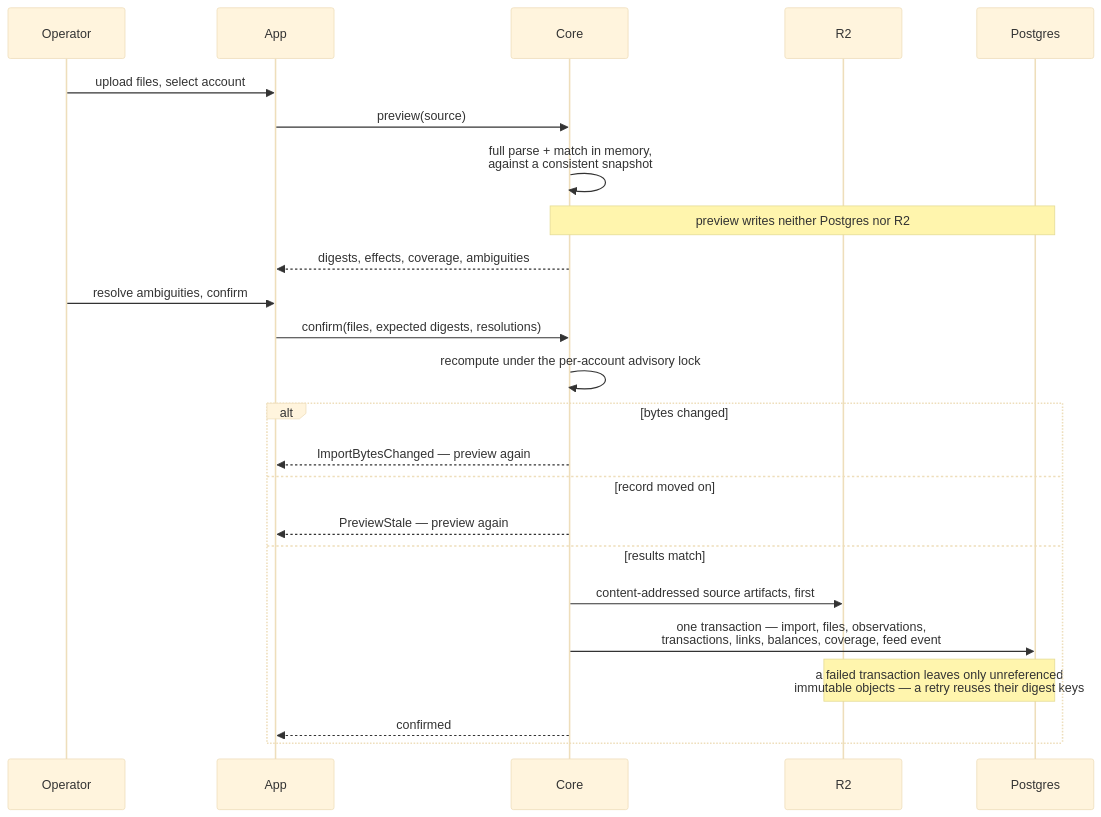
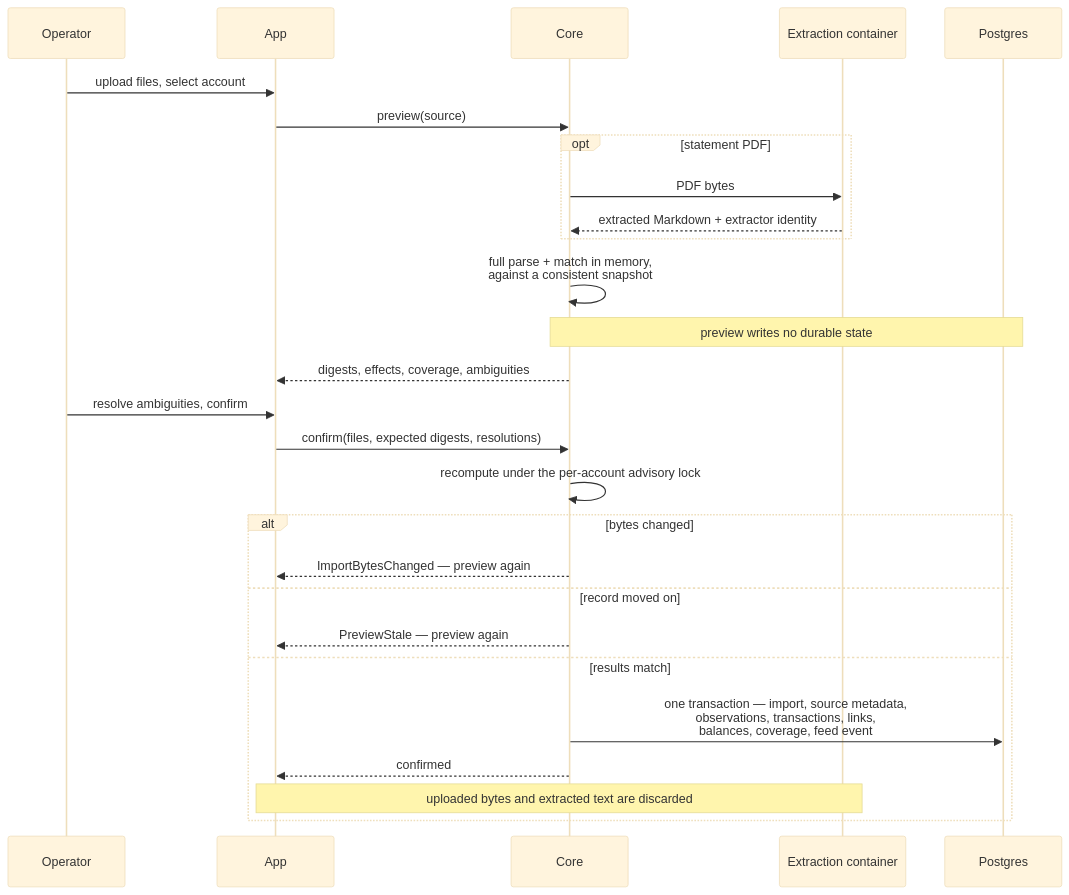
One commit to AdiRishi/ironcage changed the fifth of 5 diagrams in docs/technical/08-money.mdx. Above: the diagram before and after it, drawn with Mermaid (base theme). The commit also changed other lines of this file and 9 other files, not shown here.

Commit message:
docs(money): define transient statement import flow

````diff
--- a/docs/technical/08-money.mdx
+++ b/docs/technical/08-money.mdx
@@ -409,26 +397,29 @@
 ```mermaid
 sequenceDiagram
     participant Op as Operator
     participant App as App
     participant Core as Core
-    participant R2
+    participant Compute as Extraction container
     participant PG as Postgres
     Op->>App: upload files, select account
     App->>Core: preview(source)
+    opt statement PDF
+        Core->>Compute: PDF bytes
+        Compute-->>Core: extracted Markdown + extractor identity
+    end
     Core->>Core: full parse + match in memory,<br/>against a consistent snapshot
-    Note over Core,PG: preview writes neither Postgres nor R2
+    Note over Core,PG: preview writes no durable state
     Core-->>App: digests, effects, coverage, ambiguities
     Op->>App: resolve ambiguities, confirm
     App->>Core: confirm(files, expected digests, resolutions)
     Core->>Core: recompute under the per-account advisory lock
     alt bytes changed
         Core-->>App: ImportBytesChanged — preview again
     else record moved on
         Core-->>App: PreviewStale — preview again
     else results match
-        Core->>R2: content-addressed source artifacts, first
-        Core->>PG: one transaction — import, files, observations,<br/>transactions, links, balances, coverage, feed event
-        Note over R2,PG: a failed transaction leaves only unreferenced<br/>immutable objects — a retry reuses their digest keys
+        Core->>PG: one transaction — import, source metadata,<br/>observations, transactions, links,<br/>balances, coverage, feed event
         Core-->>App: confirmed
+        Note over App,Compute: uploaded bytes and extracted text are discarded
     end
 ```
````
